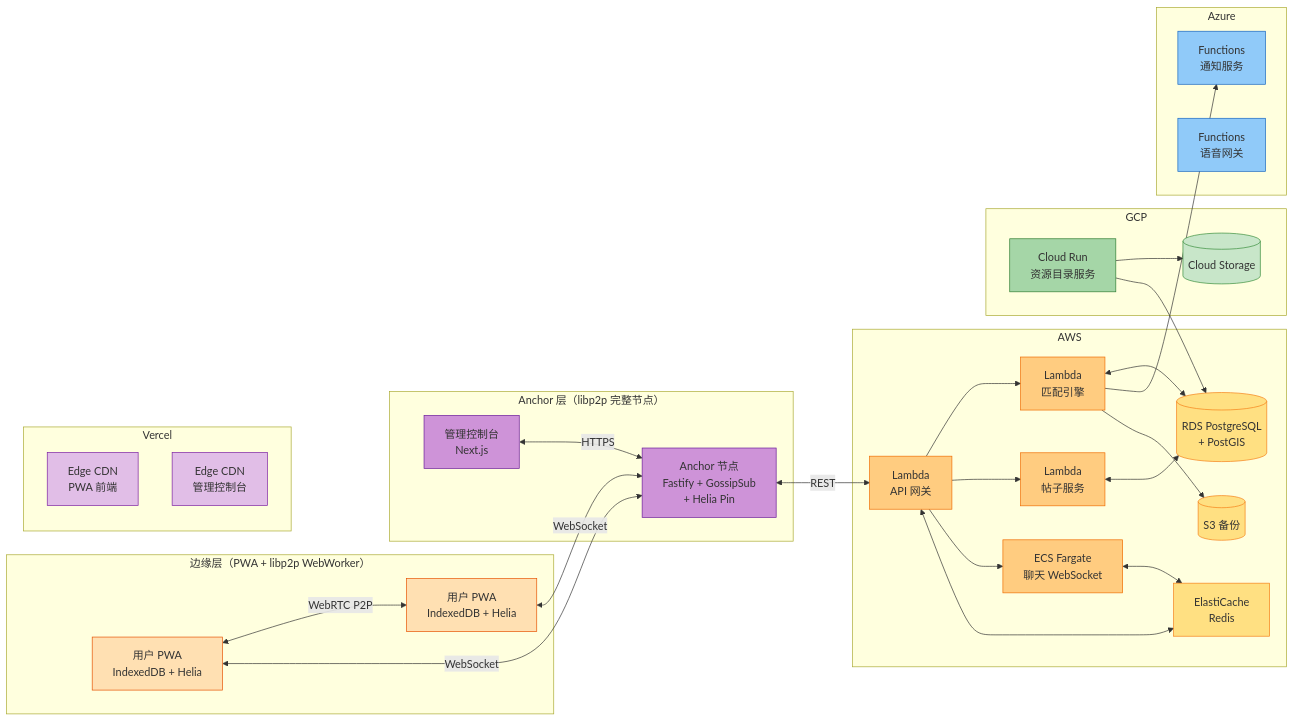
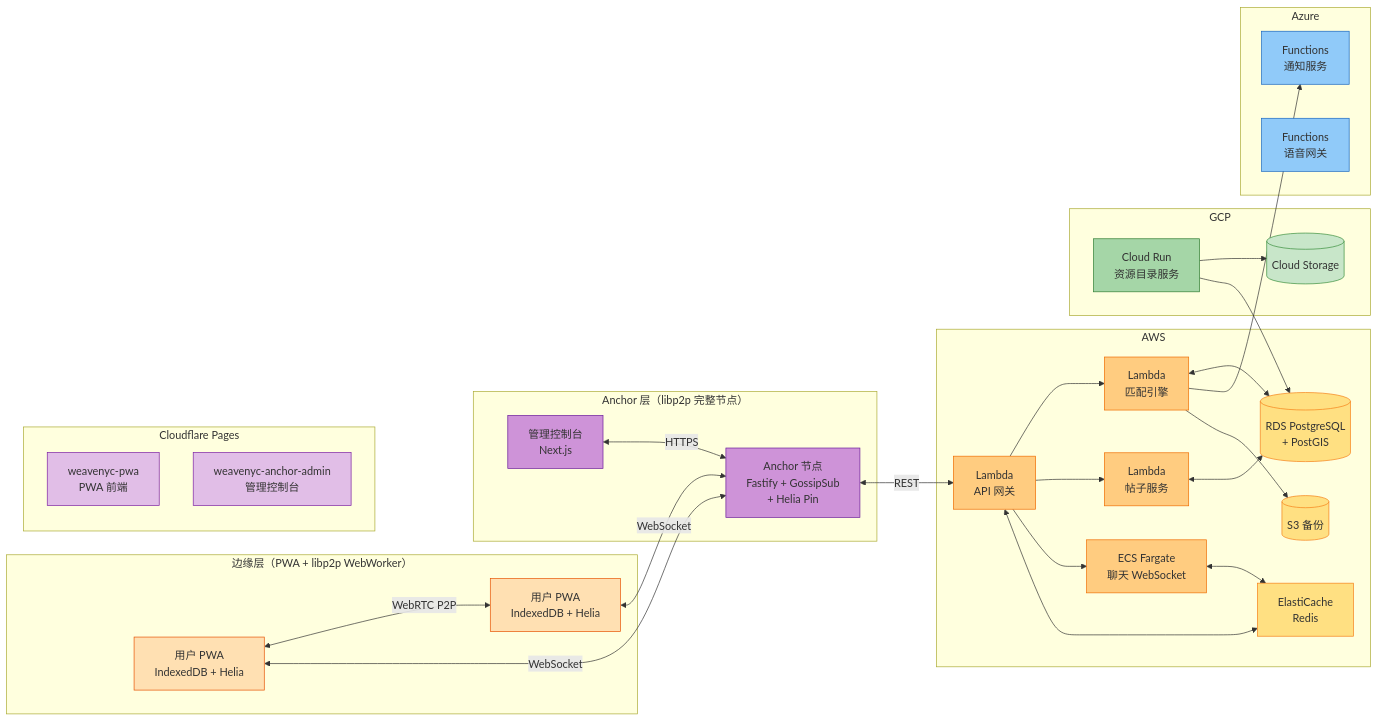
One commit to R0llcre/WeaveNYC changed the diagram in diagrams/zh/04_physical_deployment.mermaid. Above: the diagram before and after it, drawn with Mermaid. The commit also changed 19 other files, not shown here.

First line of the commit message:
fix(ops+docs): pilot checklists endpoint truth + Vercel→CF Pages + env docs + CI placeholder guard + deploy concurrency + backup schedule + rollback SOP + idempotency docs + chat README

```diff
--- a/diagrams/zh/04_physical_deployment.mermaid
+++ b/diagrams/zh/04_physical_deployment.mermaid
@@ -1,74 +1,74 @@
 %% WeaveNYC — 物理部署：多云部署拓扑
 %% 来源：06_Blueprints.md §2.3 + 19_Deployment_Guide.md §2
 
 flowchart LR
   subgraph Edge ["边缘层（PWA + libp2p WebWorker）"]
     U1[用户 PWA<br/>IndexedDB + Helia]
     U2[用户 PWA<br/>IndexedDB + Helia]
   end
 
   subgraph Anchor ["Anchor 层（libp2p 完整节点）"]
     AN[Anchor 节点<br/>Fastify + GossipSub<br/>+ Helia Pin]
     AC[管理控制台<br/>Next.js]
   end
 
   subgraph AWS ["AWS"]
     APIGW[Lambda<br/>API 网关]
     MATCH[Lambda<br/>匹配引擎]
     POSTS[Lambda<br/>帖子服务]
     CHAT[ECS Fargate<br/>聊天 WebSocket]
     RDS[(RDS PostgreSQL<br/>+ PostGIS)]
     REDIS[ElastiCache<br/>Redis]
     S3[(S3 备份)]
   end
 
   subgraph GCP ["GCP"]
     CR[Cloud Run<br/>资源目录服务]
     GCS[(Cloud Storage)]
   end
 
   subgraph Azure ["Azure"]
     NOTIF[Functions<br/>通知服务]
     SPEECH[Functions<br/>语音网关]
   end
 
-  subgraph Vercel ["Vercel"]
-    PWA[Edge CDN<br/>PWA 前端]
-    ADMV[Edge CDN<br/>管理控制台]
+  subgraph CFPages ["Cloudflare Pages"]
+    PWA[weavenyc-pwa<br/>PWA 前端]
+    ADMV[weavenyc-anchor-admin<br/>管理控制台]
   end
 
   U1 <-->|"WebRTC P2P"| U2
   U1 <-->|WebSocket| AN
   U2 <-->|WebSocket| AN
   AC <-->|HTTPS| AN
 
   AN <-->|REST| APIGW
   APIGW --> MATCH
   APIGW --> POSTS
   APIGW --> CHAT
   MATCH <--> RDS
   POSTS <--> RDS
   CHAT <--> REDIS
   APIGW <--> REDIS
   MATCH --> NOTIF
   MATCH --> S3
   CR --> GCS
   CR --> RDS
 
   style U1 fill:#FFE0B2,stroke:#E65100
   style U2 fill:#FFE0B2,stroke:#E65100
   style AN fill:#CE93D8,stroke:#6A1B9A
   style AC fill:#CE93D8,stroke:#6A1B9A
   style APIGW fill:#FFCC80,stroke:#EF6C00
   style MATCH fill:#FFCC80,stroke:#EF6C00
   style POSTS fill:#FFCC80,stroke:#EF6C00
   style CHAT fill:#FFCC80,stroke:#EF6C00
   style RDS fill:#FFE082,stroke:#F57F17
   style REDIS fill:#FFE082,stroke:#F57F17
   style S3 fill:#FFE082,stroke:#F57F17
   style CR fill:#A5D6A7,stroke:#2E7D32
   style GCS fill:#C8E6C9,stroke:#388E3C
   style NOTIF fill:#90CAF9,stroke:#1565C0
   style SPEECH fill:#90CAF9,stroke:#1565C0
   style PWA fill:#E1BEE7,stroke:#7B1FA2
   style ADMV fill:#E1BEE7,stroke:#7B1FA2
```
